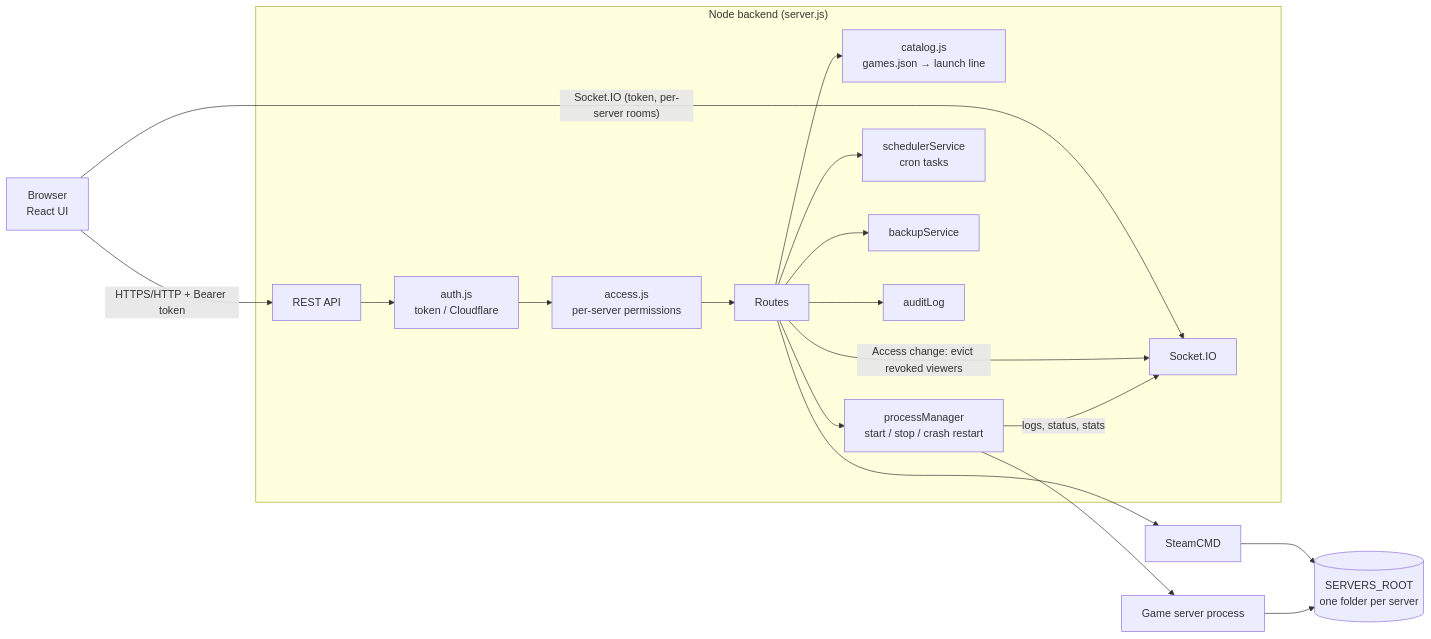
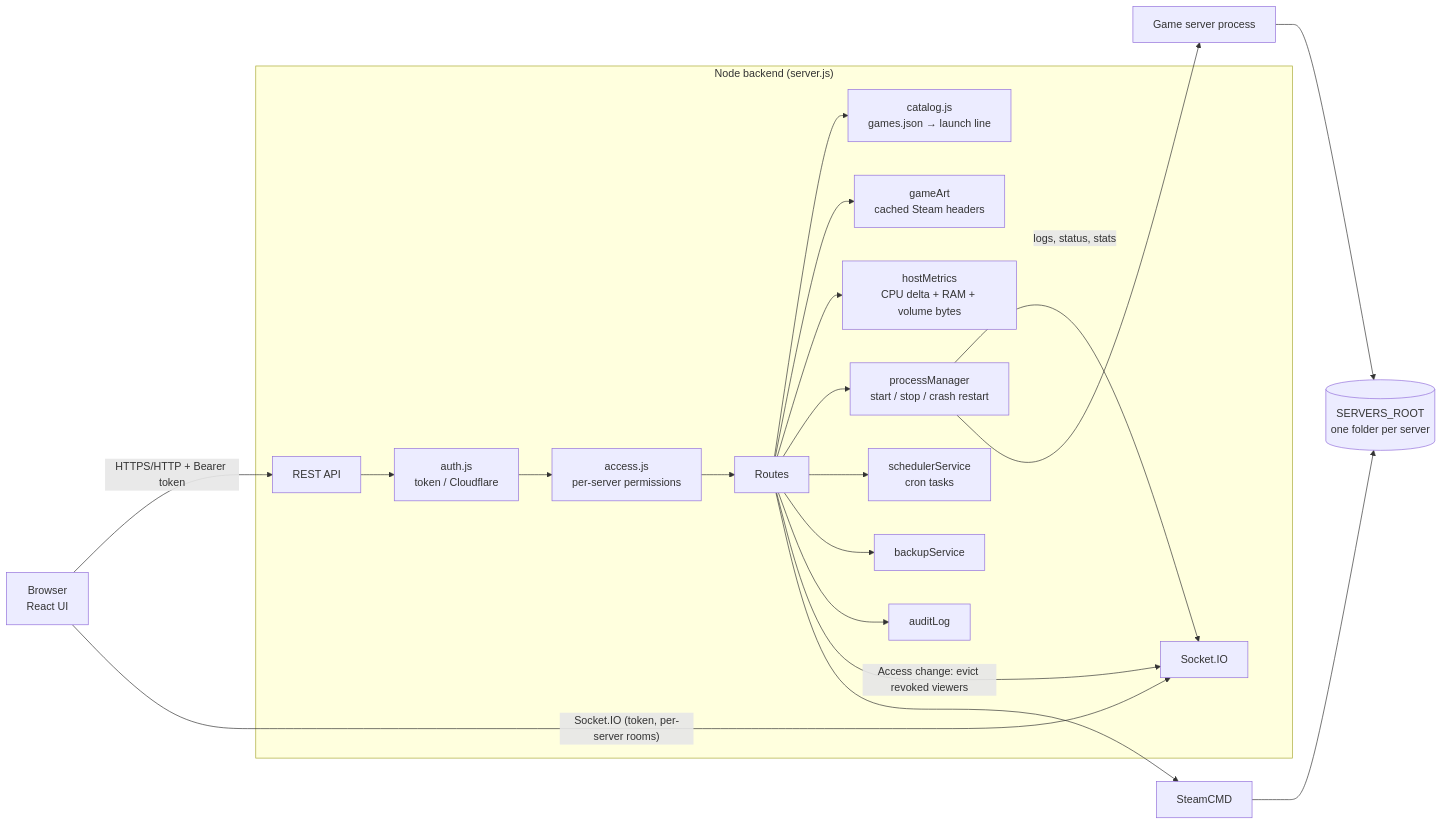
One commit to itzdaniel483/ServerForge changed the diagram in docs/ARCHITECTURE.md. Above: the diagram before and after it, drawn with Mermaid. The commit also changed other lines of this file and 9 other files, not shown here.

First line of the commit message:
Host metrics, live player counts and cached game art for UI v2

````diff
--- a/docs/ARCHITECTURE.md
+++ b/docs/ARCHITECTURE.md
@@ -3,21 +3,23 @@
 ```mermaid
 flowchart LR
     B[Browser<br/>React UI] -- "HTTPS/HTTP + Bearer token" --> API
     B -- "Socket.IO (token, per-server rooms)" --> IO
     subgraph Panel["Node backend (server.js)"]
         API[REST API] --> AUTH[auth.js<br/>token / Cloudflare]
         AUTH --> ACL[access.js<br/>per-server permissions]
         ACL --> ROUTES[Routes]
         ROUTES --> CAT[catalog.js<br/>games.json → launch line]
+        ROUTES --> ART[gameArt<br/>cached Steam headers]
+        ROUTES --> HOST[hostMetrics<br/>CPU delta + RAM + volume bytes]
         ROUTES --> PM[processManager<br/>start / stop / crash restart]
         ROUTES --> SCH[schedulerService<br/>cron tasks]
         ROUTES --> BK[backupService]
         ROUTES --> LOG[auditLog]
         IO[Socket.IO]
         ROUTES -- "Access change: evict revoked viewers" --> IO
         PM -- logs, status, stats --> IO
     end
     ROUTES --> STEAM[SteamCMD] --> DISK[(SERVERS_ROOT<br/>one folder per server)]
     PM --> GAME[Game server process]
     GAME --> DISK
 ```
````
